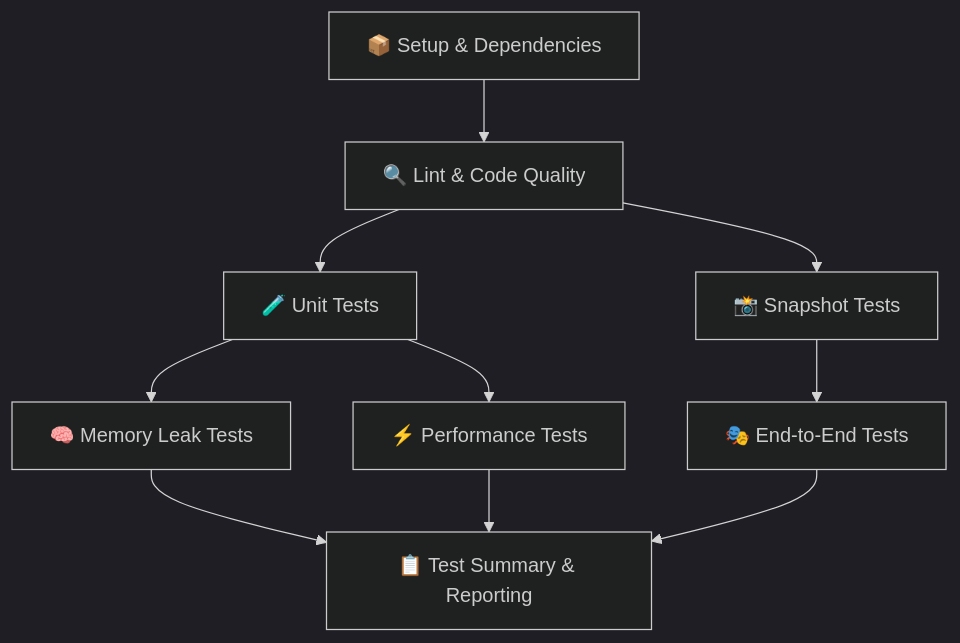
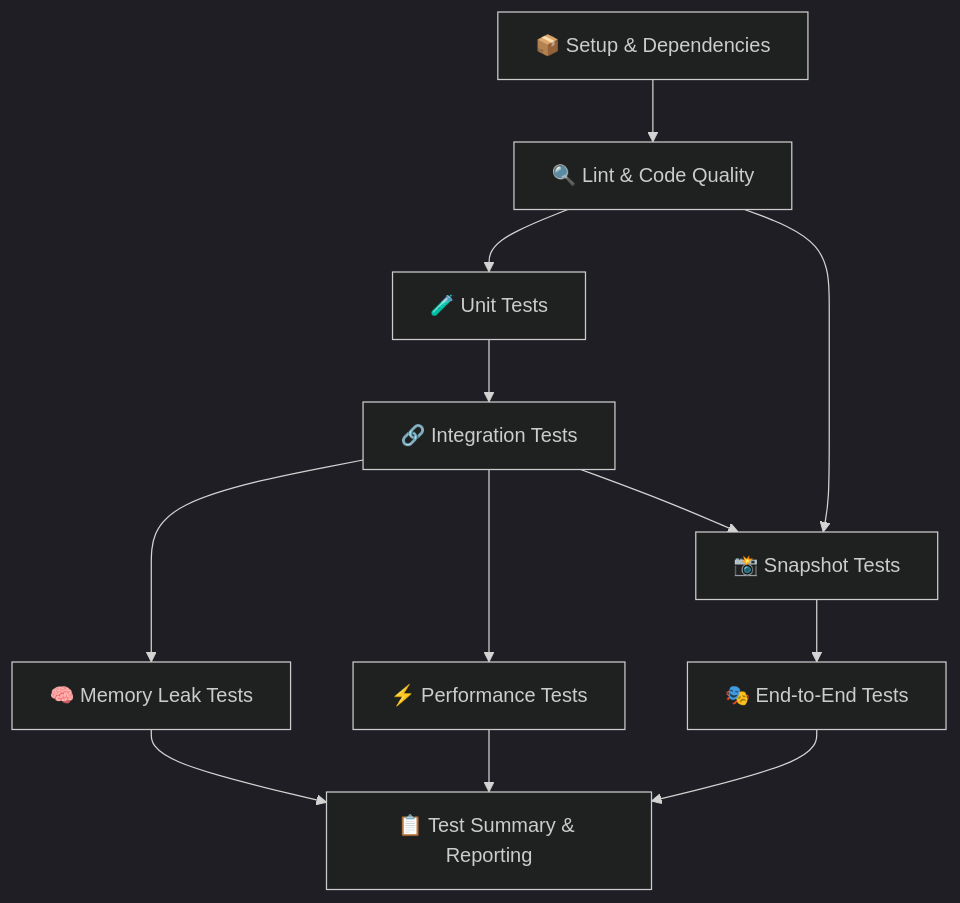
One commit to Samuvin/Auro_Connect changed the diagram in docs/CI_WORKFLOW.md. Above: the diagram before and after it, drawn with Mermaid (dark theme). The commit also changed other lines of this file and 11 other files, not shown here.

````diff
--- a/docs/CI_WORKFLOW.md
+++ b/docs/CI_WORKFLOW.md
@@ -98,12 +59,14 @@
 ```mermaid
 graph TD
     A[📦 Setup & Dependencies] --> B[🔍 Lint & Code Quality]
     B --> C[🧪 Unit Tests]
-    B --> D[📸 Snapshot Tests]
-    C --> E[🧠 Memory Leak Tests]
-    C --> F[⚡ Performance Tests]
-    D --> G[🎭 End-to-End Tests]
-    E --> H[📋 Test Summary & Reporting]
-    F --> H
-    G --> H
+    C --> D[🔗 Integration Tests]
+    B --> E[📸 Snapshot Tests]
+    D --> F[🧠 Memory Leak Tests]
+    D --> G[⚡ Performance Tests]
+    D --> E
+    E --> H[🎭 End-to-End Tests]
+    F --> I[📋 Test Summary & Reporting]
+    G --> I
+    H --> I
 ```
````
